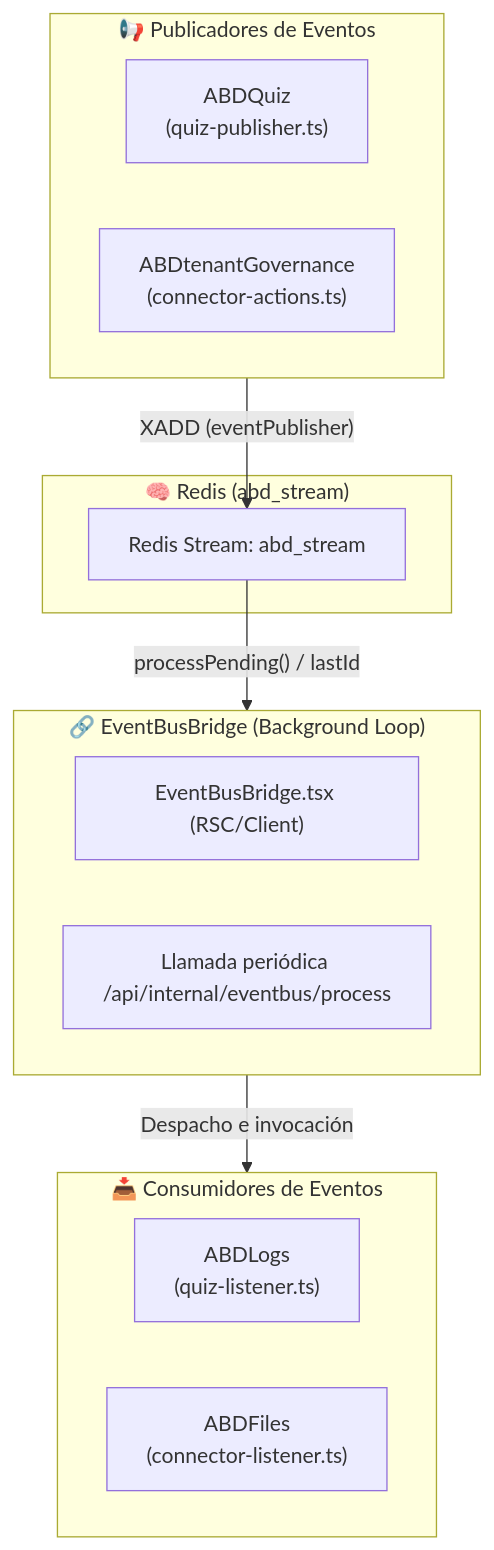
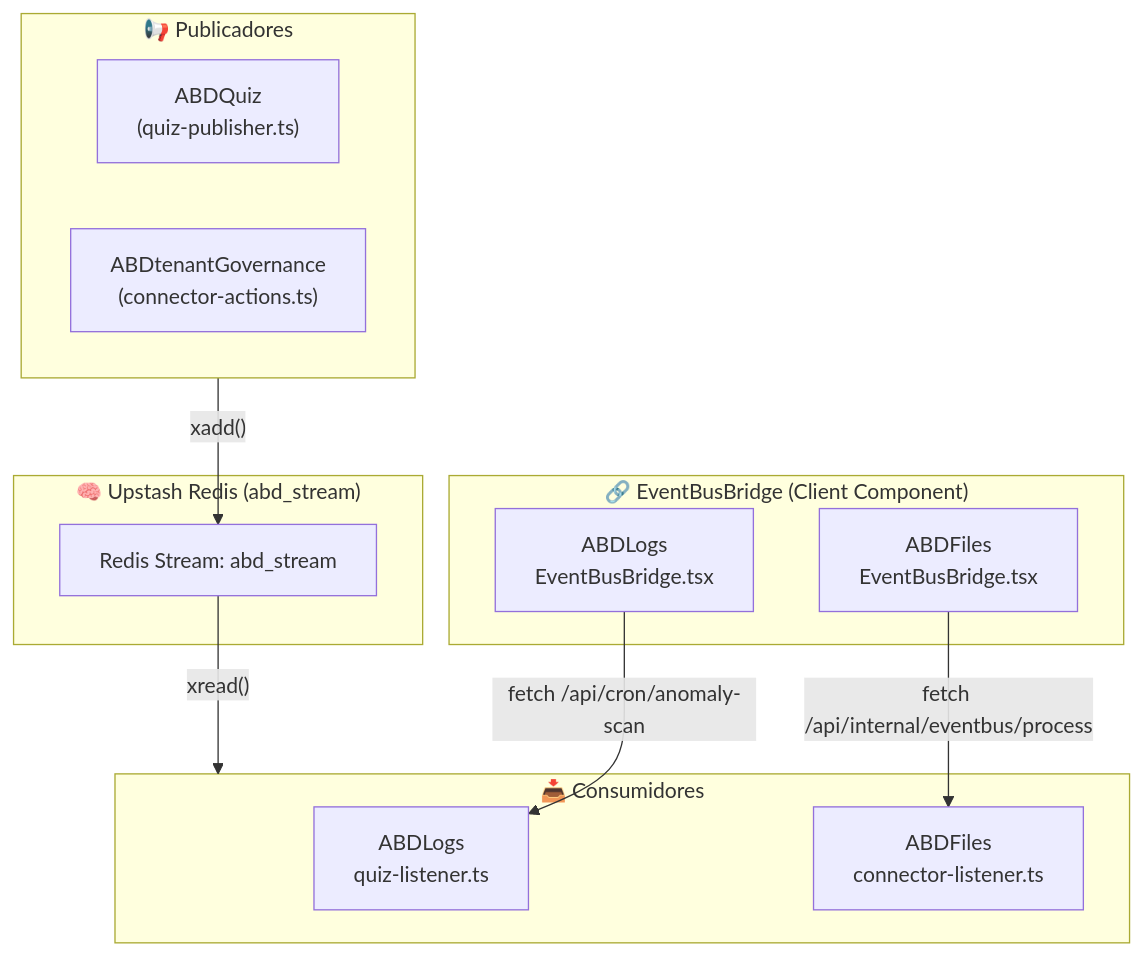
Before and after one commit to ajabadia/ABDSuite: the sixth of 8 diagrams in ARCHITECTURE.md, drawn with Mermaid. The commit also changed other lines of this file and 8 other files, not shown here.

````diff
--- a/ARCHITECTURE.md
+++ b/ARCHITECTURE.md
@@ -343,25 +378,27 @@
 ```mermaid
 graph TB
-    subgraph Publishers["📢 Publicadores de Eventos"]
+    subgraph Publishers["📢 Publicadores"]
         QUIZ["ABDQuiz<br/>(quiz-publisher.ts)"]
         GOV["ABDtenantGovernance<br/>(connector-actions.ts)"]
     end
 
-    subgraph Broker["🧠 Redis (abd_stream)"]
+    subgraph Broker["🧠 Upstash Redis (abd_stream)"]
         Stream[Redis Stream: abd_stream]
     end
 
-    subgraph Bridge["🔗 EventBusBridge (Background Loop)"]
-        EBB["EventBusBridge.tsx (RSC/Client)"]
-        Cron["Llamada periódica /api/internal/eventbus/process"]
+    subgraph Bridges["🔗 EventBusBridge (Client Component)"]
+        LOGS_BRIDGE["ABDLogs<br/>EventBusBridge.tsx"]
+        FILES_BRIDGE["ABDFiles<br/>EventBusBridge.tsx"]
     end
 
-    subgraph Consumers["📥 Consumidores de Eventos"]
-        LOGS["ABDLogs<br/>(quiz-listener.ts)"]
-        FILES["ABDFiles<br/>(connector-listener.ts)"]
+    subgraph Consumers["📥 Consumidores"]
+        LOGS_C["ABDLogs<br/>quiz-listener.ts"]
+        FILES_C["ABDFiles<br/>connector-listener.ts"]
     end
 
-    Publishers -->|"XADD (eventPublisher)"| Stream
-    Stream -->|"processPending() / lastId"| Bridge
-    Bridge -->|"Despacho e invocación"| Consumers
+    Publishers -->|"xadd()"| Stream
+    Stream -->|"xread()"| Consumers
+
+    LOGS_BRIDGE -->|"fetch /api/cron/anomaly-scan"| LOGS_C
+    FILES_BRIDGE -->|"fetch /api/internal/eventbus/process"| FILES_C
 ```
````
